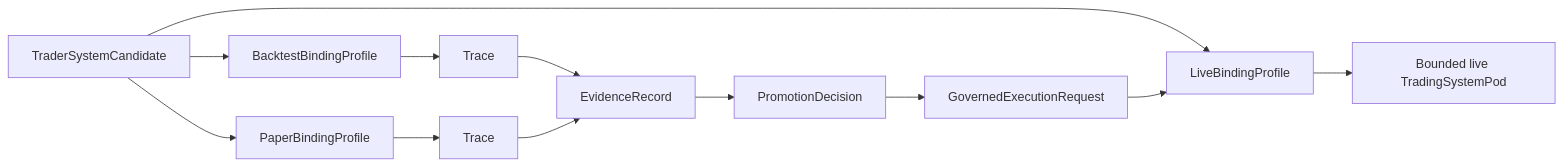
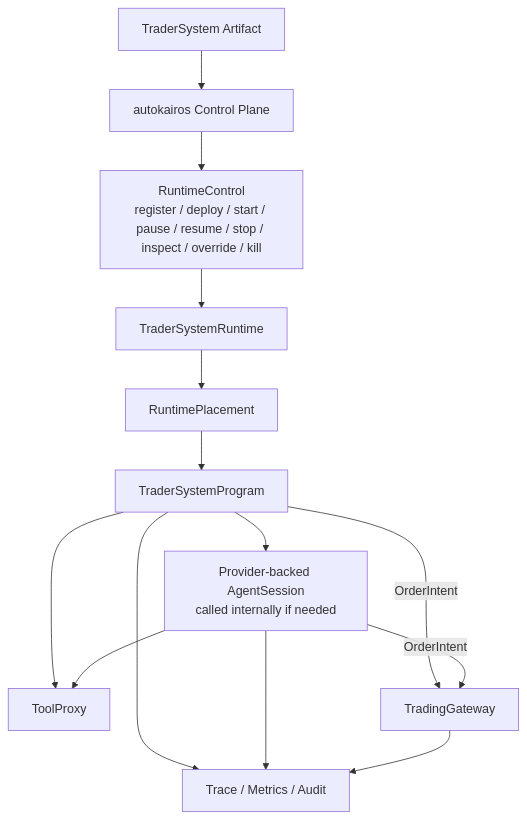
One commit to openboa-ai/ouroboros changed the third of 3 diagrams in wiki/architecture/00-system-map.md. Above: the diagram before and after it, drawn with Mermaid. The commit also changed other lines of this file and 306 other files, not shown here.

Commit message:
docs: lock runtime control plane design baseline

````diff
--- a/wiki/architecture/00-system-map.md
+++ b/wiki/architecture/00-system-map.md
@@ -151,15 +144,27 @@
 ```mermaid
-flowchart LR
-    C["TraderSystemCandidate"] --> BT["BacktestBindingProfile"]
-    C --> PP["PaperBindingProfile"]
-    C --> LV["LiveBindingProfile"]
+flowchart TD
+    ART["TraderSystem Artifact"]
+    CP["autokairos Control Plane"]
+    RC["RuntimeControl<br/>register / deploy / start / pause / resume / stop / inspect / override / kill"]
+    RT["TraderSystemRuntime"]
+    PLACE["RuntimePlacement"]
+    PROGRAM["TraderSystemProgram"]
+    AGENT["Provider-backed AgentSession<br/>called internally if needed"]
+    TRACE["Trace / Metrics / Audit"]
+    TOOL["ToolProxy"]
+    GW["TradingGateway"]
 
-    BT --> T1["Trace"]
-    PP --> T2["Trace"]
-    T1 --> EV["EvidenceRecord"]
-    T2 --> EV
-    EV --> PD["PromotionDecision"]
-    PD --> GER["GovernedExecutionRequest"]
-    GER --> LV
-    LV --> POD["Bounded live TradingSystemPod"]
+    ART --> CP
+    CP --> RC
+    RC --> RT
+    RT --> PLACE
+    PLACE --> PROGRAM
+    PROGRAM --> AGENT
+    PROGRAM --> TRACE
+    AGENT --> TRACE
+    PROGRAM --> TOOL
+    AGENT --> TOOL
+    PROGRAM -->|"OrderIntent"| GW
+    AGENT -->|"OrderIntent"| GW
+    GW --> TRACE
 ```
````
